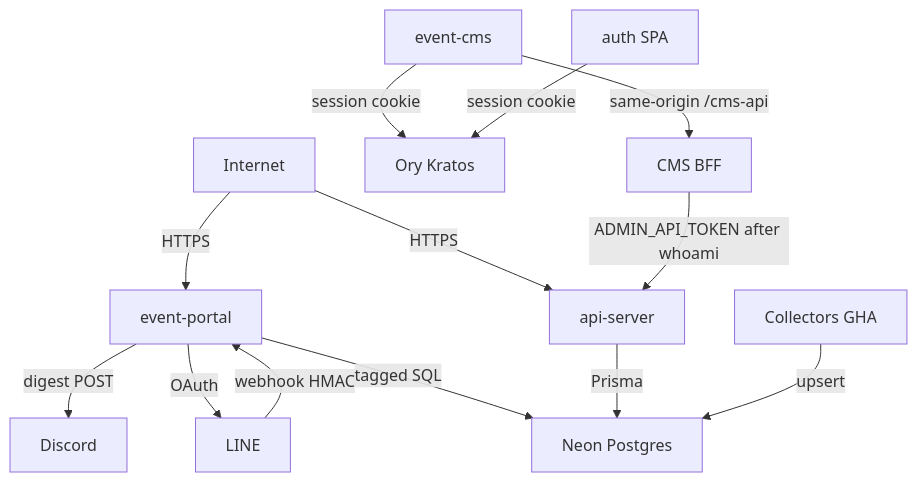
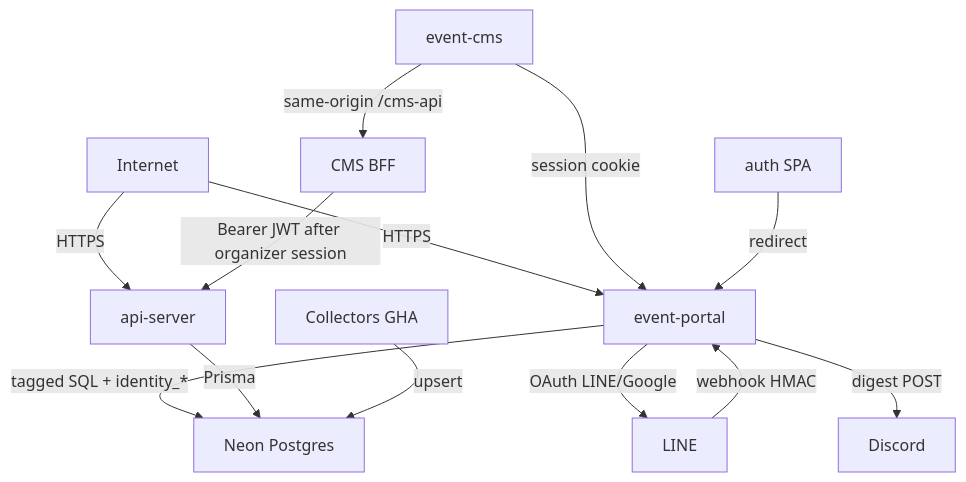
Before and after one commit to tessOu56/nx-playground: the diagram in docs/security/threat-model.md, drawn with Mermaid. The commit also changed other lines of this file and 128 other files, not shown here.

First line of the commit message:
feat(identity): Better Auth LINE+Google, JWKS roles, remove Kratos (#58)

````diff
--- a/docs/security/threat-model.md
+++ b/docs/security/threat-model.md
@@ -58,26 +58,25 @@
 ```mermaid
 flowchart TD
   Internet["Internet"]
   LINE["LINE"]
   Portal["event-portal"]
   Nest["api-server"]
   CMS["event-cms"]
   AuthUI["auth SPA"]
-  Kratos["Ory Kratos"]
   Neon["Neon Postgres"]
   Discord["Discord"]
   GHA["Collectors GHA"]
 
   Internet -->|HTTPS| Portal
   Internet -->|HTTPS| Nest
   LINE -->|webhook HMAC| Portal
-  Portal -->|OAuth| LINE
-  Portal -->|tagged SQL| Neon
+  Portal -->|OAuth LINE/Google| LINE
+  Portal -->|tagged SQL + identity_*| Neon
   Portal -->|digest POST| Discord
   CMS -->|same-origin /cms-api| BFF["CMS BFF"]
-  BFF -->|ADMIN_API_TOKEN after whoami| Nest
-  CMS -->|session cookie| Kratos
-  AuthUI -->|session cookie| Kratos
+  BFF -->|Bearer JWT after organizer session| Nest
+  CMS -->|session cookie| Portal
+  AuthUI -->|redirect| Portal
   Nest -->|Prisma| Neon
   GHA -->|upsert| Neon
 ```
````
